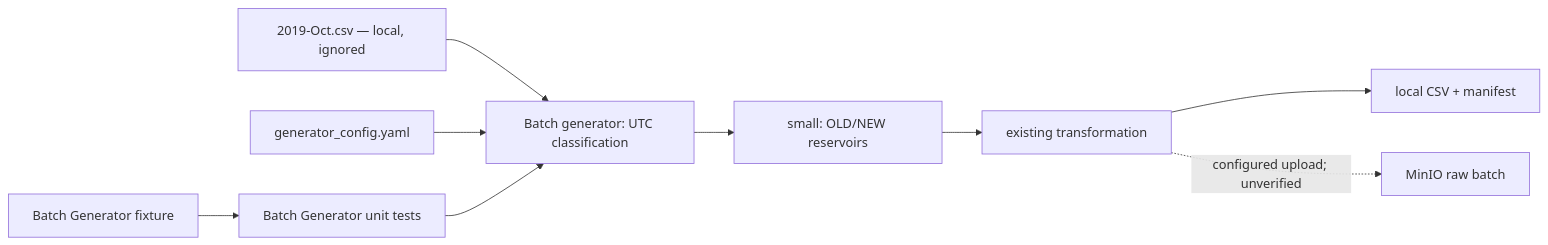
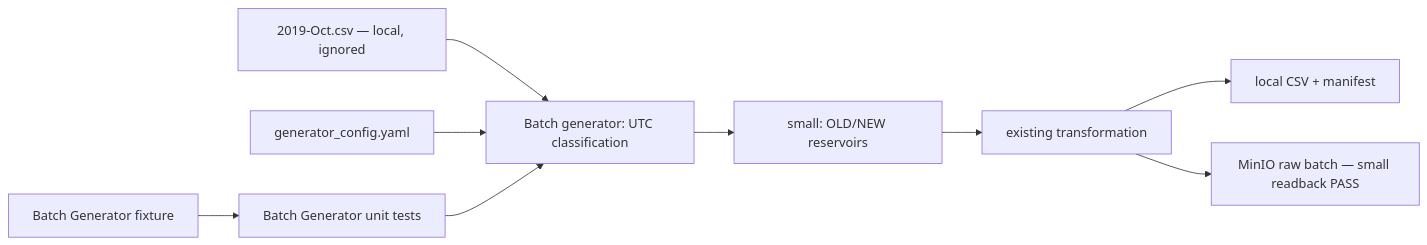
The diagram in CURRENT_IMPLEMENTATION.md (nhannhan2201/ecom_ML_system-), drawn with Mermaid before and after one commit. The commit also changed other lines of this file and 11 other files, not shown here.

Commit message:
feat: verify Batch Generator upload to local MinIO

````diff
--- a/CURRENT_IMPLEMENTATION.md
+++ b/CURRENT_IMPLEMENTATION.md
@@ -20,9 +22,9 @@
 ```mermaid
 flowchart LR
   CSV["2019-Oct.csv — local, ignored"] --> CLASS["Batch generator: UTC classification"]
   CFG["generator_config.yaml"] --> CLASS
   CLASS --> SAMPLE["small: OLD/NEW reservoirs"] --> TRANS["existing transformation"]
   TRANS --> LOCAL["local CSV + manifest"]
-  TRANS -. "configured upload; unverified" .-> RAW["MinIO raw batch"]
+  TRANS --> RAW["MinIO raw batch — small readback PASS"]
   FIX["Batch Generator fixture"] --> TEST["Batch Generator unit tests"] --> CLASS
 ```
````
